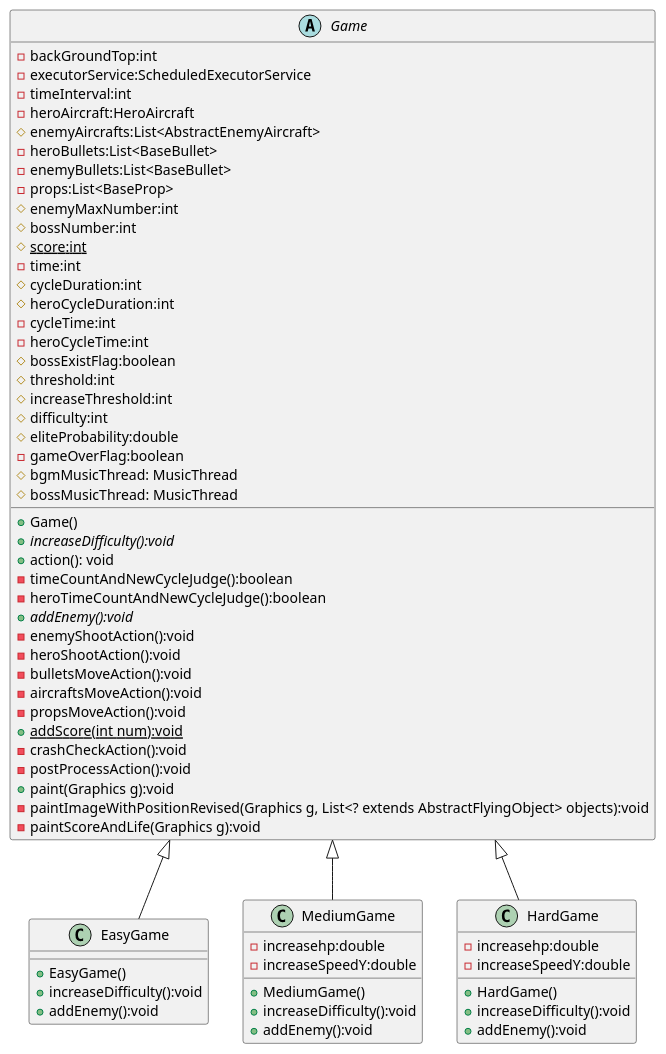
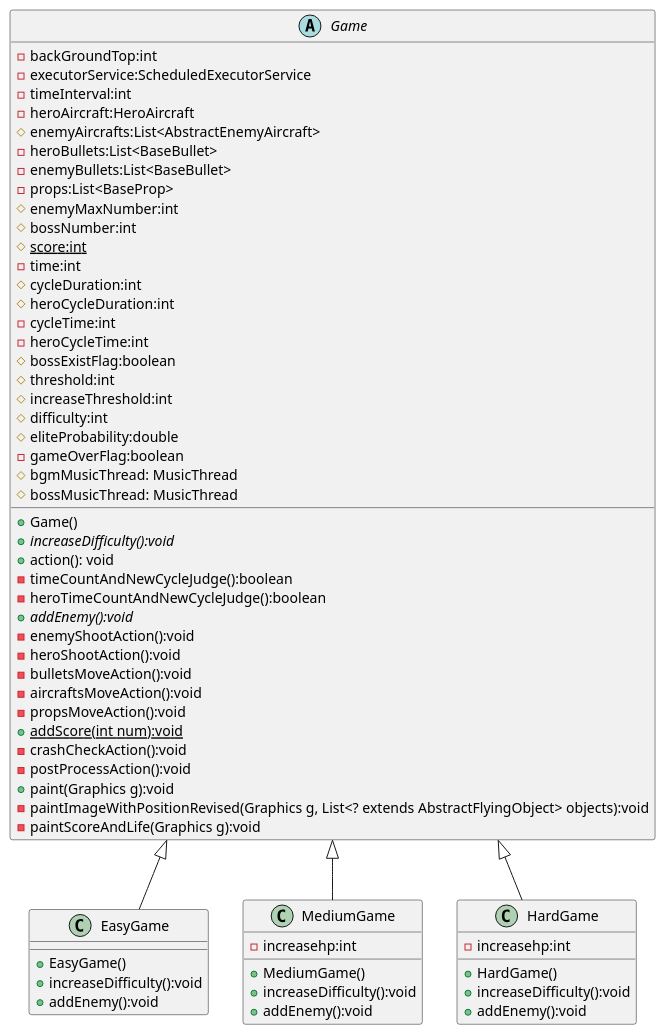
One commit to Culaccino00/AircraftWar changed the diagram in uml/TemplatePattern.puml. Above: the diagram before and after it, drawn with PlantUML. The commit also changed 2 other files, not shown here.

```diff
--- a/uml/TemplatePattern.puml
+++ b/uml/TemplatePattern.puml
@@ -1,68 +1,66 @@
 @startuml
 'https://plantuml.com/class-diagram
 abstract class Game{
     - backGroundTop:int
     - executorService:ScheduledExecutorService
     - timeInterval:int
     - heroAircraft:HeroAircraft
     # enemyAircrafts:List<AbstractEnemyAircraft>
     - heroBullets:List<BaseBullet>
     - enemyBullets:List<BaseBullet>
     - props:List<BaseProp>
     # enemyMaxNumber:int
     # bossNumber:int
     # {static}score:int
     - time:int
     # cycleDuration:int
     # heroCycleDuration:int
     - cycleTime:int
     - heroCycleTime:int
     # bossExistFlag:boolean
     # threshold:int
     # increaseThreshold:int
     # difficulty:int
     # eliteProbability:double
     - gameOverFlag:boolean
     # bgmMusicThread: MusicThread
     # bossMusicThread: MusicThread
     + Game()
     + {abstract} increaseDifficulty():void
     + action(): void
     - timeCountAndNewCycleJudge():boolean
     - heroTimeCountAndNewCycleJudge():boolean
     + {abstract} addEnemy():void
     - enemyShootAction():void
     - heroShootAction():void
     - bulletsMoveAction():void
     - aircraftsMoveAction():void
     - propsMoveAction():void
     + {static}addScore(int num):void
     - crashCheckAction():void
     - postProcessAction():void
     + paint(Graphics g):void
     - paintImageWithPositionRevised(Graphics g, List<? extends AbstractFlyingObject> objects):void
     - paintScoreAndLife(Graphics g):void
 }
 class EasyGame{
     + EasyGame()
     + increaseDifficulty():void
     + addEnemy():void
 }
 class MediumGame{
-    - increasehp:double
-    - increaseSpeedY:double
+    - increasehp:int
     + MediumGame()
     + increaseDifficulty():void
     + addEnemy():void
 }
 class HardGame{
-    - increasehp:double
-    - increaseSpeedY:double
+    - increasehp:int
     + HardGame()
     + increaseDifficulty():void
     + addEnemy():void
 }
 Game <|-- EasyGame
 Game <|-- MediumGame
 Game <|-- HardGame
 @enduml
```
